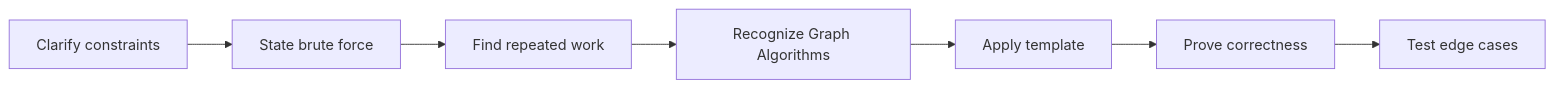
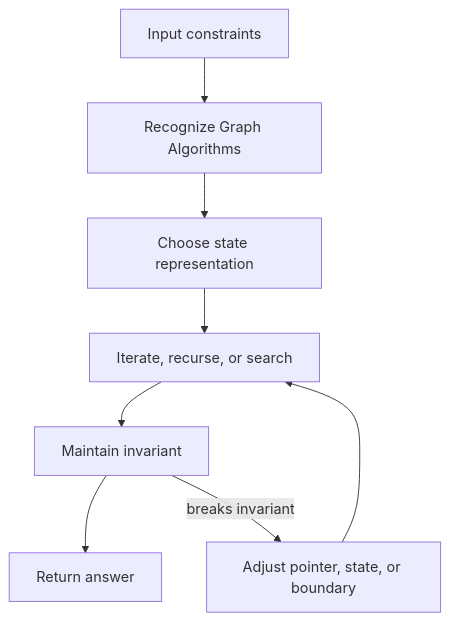
One commit to abstractinterviews/abstractinterviews.github.io changed the second of 2 diagrams in coding-round/algorithms/graph-algorithms/index.md. Above: the diagram before and after it, drawn with Mermaid. The commit also changed other lines of this file and 278 other files, not shown here.

````diff
--- a/coding-round/algorithms/graph-algorithms/index.md
+++ b/coding-round/algorithms/graph-algorithms/index.md
@@ -123,9 +121,10 @@
-~~~mermaid
-flowchart LR
-    A["Clarify constraints"] --> B["State brute force"]
-    B --> C["Find repeated work"]
-    C --> D["Recognize Graph Algorithms"]
-    D --> E["Apply template"]
-    E --> F["Prove correctness"]
-    F --> G["Test edge cases"]
-~~~
+```mermaid
+flowchart TD
+    Input["Input constraints"] --> Pattern["Recognize Graph Algorithms"]
+    Pattern --> State["Choose state representation"]
+    State --> Iterate["Iterate, recurse, or search"]
+    Iterate --> Check["Maintain invariant"]
+    Check --> Result["Return answer"]
+    Check -->|breaks invariant| Fix["Adjust pointer, state, or boundary"]
+    Fix --> Iterate
+```
````
